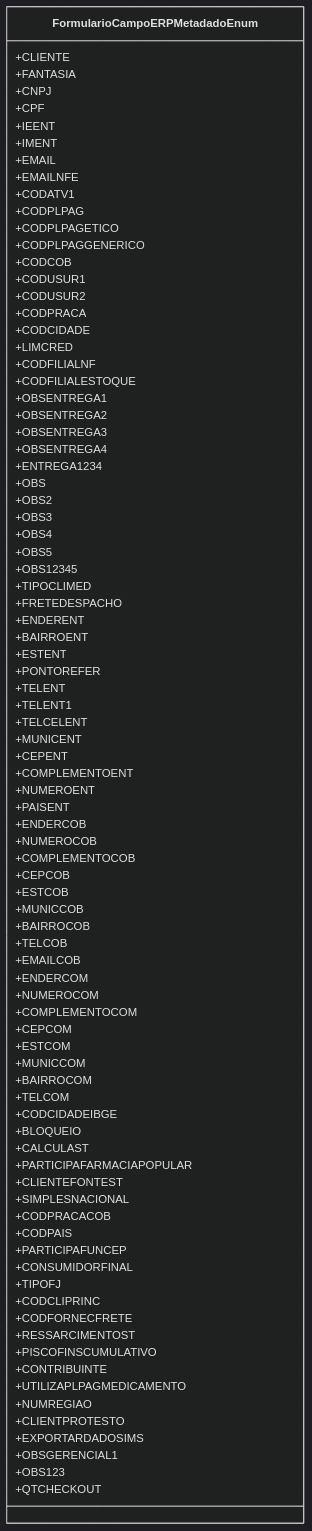
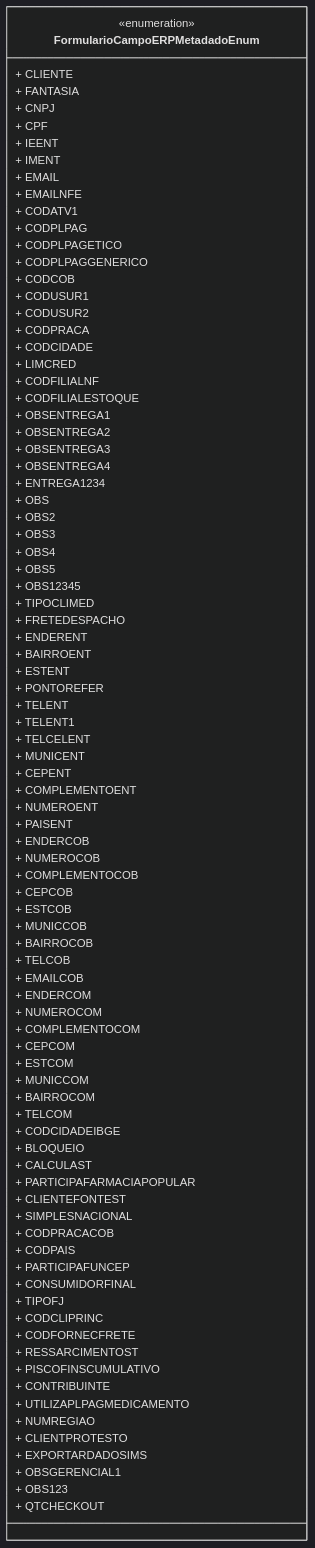
One commit to IsthmusSistemas/documentacao-tecnica changed the diagram in docs/b2b-dominio/IsthmusWinthor.Nucleo/IsthmusWinthor.Dominio/Enumeradores/FormularioCampoERPMetadadoEnum.md. Above: the diagram before and after it, drawn with Mermaid (dark theme). The commit also changed other lines of this file and 882 other files, not shown here.

````diff
--- a/docs/b2b-dominio/IsthmusWinthor.Nucleo/IsthmusWinthor.Dominio/Enumeradores/FormularioCampoERPMetadadoEnum.md
+++ b/docs/b2b-dominio/IsthmusWinthor.Nucleo/IsthmusWinthor.Dominio/Enumeradores/FormularioCampoERPMetadadoEnum.md
@@ -21,90 +11,91 @@
 ```mermaid
 classDiagram
     class FormularioCampoERPMetadadoEnum {
-        +CLIENTE
-        +FANTASIA
-        +CNPJ
-        +CPF
-        +IEENT
-        +IMENT
-        +EMAIL
-        +EMAILNFE
-        +CODATV1
-        +CODPLPAG
-        +CODPLPAGETICO
-        +CODPLPAGGENERICO
-        +CODCOB
-        +CODUSUR1
-        +CODUSUR2
-        +CODPRACA
-        +CODCIDADE
-        +LIMCRED
-        +CODFILIALNF
-        +CODFILIALESTOQUE
-        +OBSENTREGA1
-        +OBSENTREGA2
-        +OBSENTREGA3
-        +OBSENTREGA4
-        +ENTREGA1234
-        +OBS
-        +OBS2
-        +OBS3
-        +OBS4
-        +OBS5
-        +OBS12345
-        +TIPOCLIMED
-        +FRETEDESPACHO
-        +ENDERENT
-        +BAIRROENT
-        +ESTENT
-        +PONTOREFER
-        +TELENT
-        +TELENT1
-        +TELCELENT
-        +MUNICENT
-        +CEPENT
-        +COMPLEMENTOENT
-        +NUMEROENT
-        +PAISENT
-        +ENDERCOB
-        +NUMEROCOB
-        +COMPLEMENTOCOB
-        +CEPCOB
-        +ESTCOB
-        +MUNICCOB
-        +BAIRROCOB
-        +TELCOB
-        +EMAILCOB
-        +ENDERCOM
-        +NUMEROCOM
-        +COMPLEMENTOCOM
-        +CEPCOM
-        +ESTCOM
-        +MUNICCOM
-        +BAIRROCOM
-        +TELCOM
-        +CODCIDADEIBGE
-        +BLOQUEIO
-        +CALCULAST
-        +PARTICIPAFARMACIAPOPULAR
-        +CLIENTEFONTEST
-        +SIMPLESNACIONAL
-        +CODPRACACOB
-        +CODPAIS
-        +PARTICIPAFUNCEP
-        +CONSUMIDORFINAL
-        +TIPOFJ
-        +CODCLIPRINC
-        +CODFORNECFRETE
-        +RESSARCIMENTOST
-        +PISCOFINSCUMULATIVO
-        +CONTRIBUINTE
-        +UTILIZAPLPAGMEDICAMENTO
-        +NUMREGIAO
-        +CLIENTPROTESTO
-        +EXPORTARDADOSIMS
-        +OBSGERENCIAL1
-        +OBS123
-        +QTCHECKOUT
+       <<enumeration>>
+       + CLIENTE
+       + FANTASIA
+       + CNPJ
+       + CPF
+       + IEENT
+       + IMENT
+       + EMAIL
+       + EMAILNFE
+       + CODATV1
+       + CODPLPAG
+       + CODPLPAGETICO
+       + CODPLPAGGENERICO
+       + CODCOB
+       + CODUSUR1
+       + CODUSUR2
+       + CODPRACA
+       + CODCIDADE
+       + LIMCRED
+       + CODFILIALNF
+       + CODFILIALESTOQUE
+       + OBSENTREGA1
+       + OBSENTREGA2
+       + OBSENTREGA3
+       + OBSENTREGA4
+       + ENTREGA1234
+       + OBS
+       + OBS2
+       + OBS3
+       + OBS4
+       + OBS5
+       + OBS12345
+       + TIPOCLIMED
+       + FRETEDESPACHO
+       + ENDERENT
+       + BAIRROENT
+       + ESTENT
+       + PONTOREFER
+       + TELENT
+       + TELENT1
+       + TELCELENT
+       + MUNICENT
+       + CEPENT
+       + COMPLEMENTOENT
+       + NUMEROENT
+       + PAISENT
+       + ENDERCOB
+       + NUMEROCOB
+       + COMPLEMENTOCOB
+       + CEPCOB
+       + ESTCOB
+       + MUNICCOB
+       + BAIRROCOB
+       + TELCOB
+       + EMAILCOB
+       + ENDERCOM
+       + NUMEROCOM
+       + COMPLEMENTOCOM
+       + CEPCOM
+       + ESTCOM
+       + MUNICCOM
+       + BAIRROCOM
+       + TELCOM
+       + CODCIDADEIBGE
+       + BLOQUEIO
+       + CALCULAST
+       + PARTICIPAFARMACIAPOPULAR
+       + CLIENTEFONTEST
+       + SIMPLESNACIONAL
+       + CODPRACACOB
+       + CODPAIS
+       + PARTICIPAFUNCEP
+       + CONSUMIDORFINAL
+       + TIPOFJ
+       + CODCLIPRINC
+       + CODFORNECFRETE
+       + RESSARCIMENTOST
+       + PISCOFINSCUMULATIVO
+       + CONTRIBUINTE
+       + UTILIZAPLPAGMEDICAMENTO
+       + NUMREGIAO
+       + CLIENTPROTESTO
+       + EXPORTARDADOSIMS
+       + OBSGERENCIAL1
+       + OBS123
+       + QTCHECKOUT
     }
 ```
````
